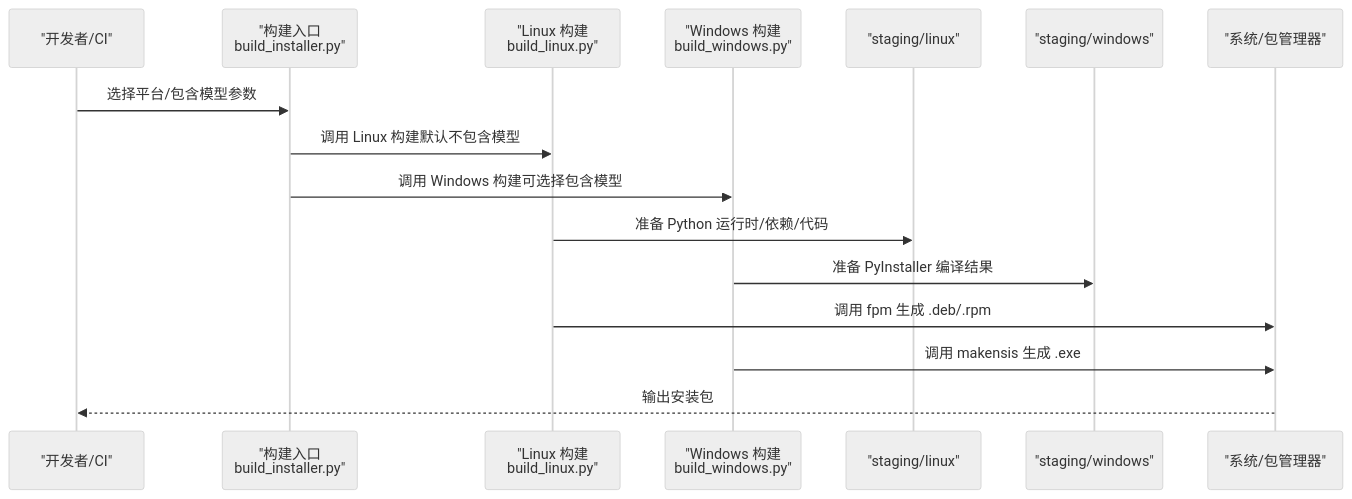
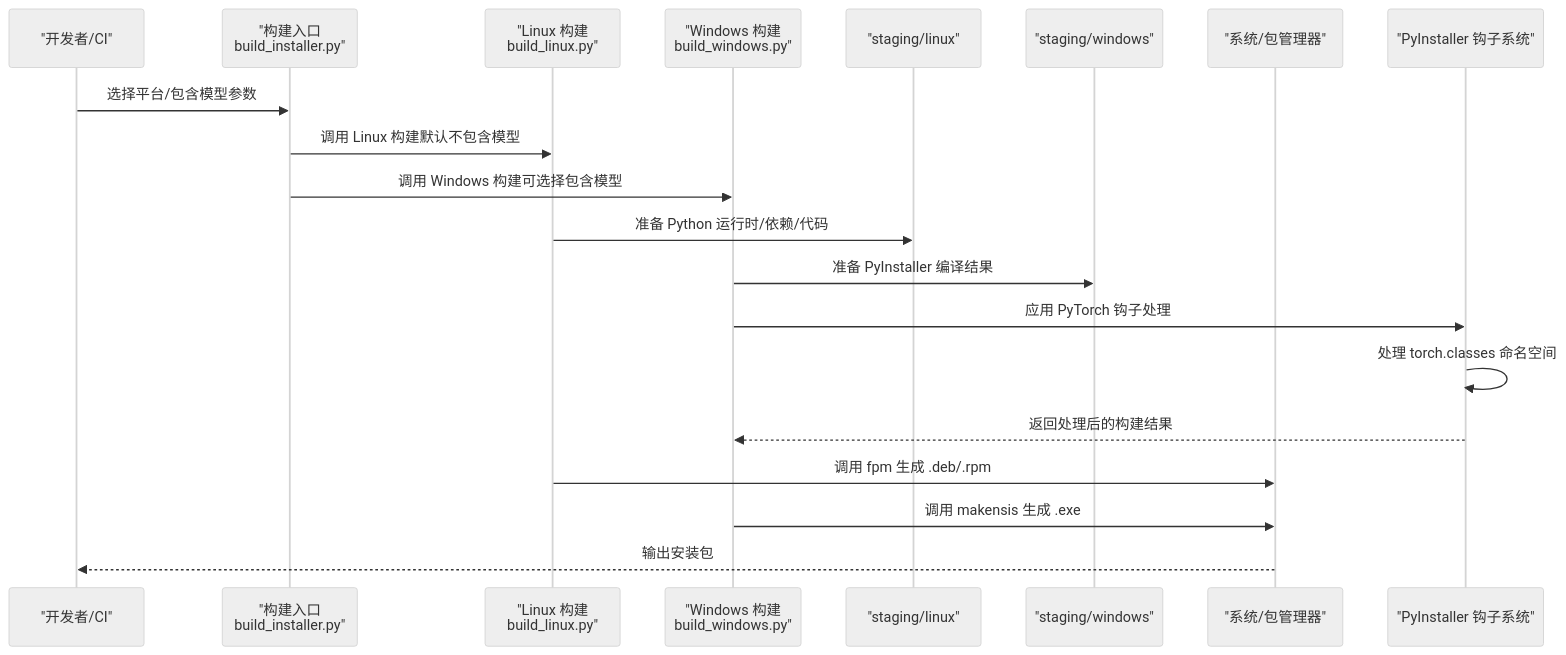
The second of 6 diagrams in .qoder/repowiki/zh/content/部署与运维/安装部署脚本/安装部署脚本.md (joyafa/knowledge), drawn with Mermaid (neutral theme) before and after one commit. The commit also changed other lines of this file and 14 other files, not shown here.

````diff
--- a/.qoder/repowiki/zh/content/部署与运维/安装部署脚本/安装部署脚本.md
+++ b/.qoder/repowiki/zh/content/部署与运维/安装部署脚本/安装部署脚本.md
@@ -136,18 +150,22 @@
 ```mermaid
 sequenceDiagram
 participant Dev as "开发者/CI"
 participant BI as "构建入口<br/>build_installer.py"
 participant BL as "Linux 构建<br/>build_linux.py"
 participant BW as "Windows 构建<br/>build_windows.py"
 participant ST_L as "staging/linux"
 participant ST_W as "staging/windows"
 participant SYS as "系统/包管理器"
+participant Hook as "PyInstaller 钩子系统"
 Dev->>BI : 选择平台/包含模型参数
 BI->>BL : 调用 Linux 构建默认不包含模型
 BI->>BW : 调用 Windows 构建可选择包含模型
 BL->>ST_L : 准备 Python 运行时/依赖/代码
 BW->>ST_W : 准备 PyInstaller 编译结果
+BW->>Hook : 应用 PyTorch 钩子处理
+Hook->>Hook : 处理 torch.classes 命名空间
+Hook-->>BW : 返回处理后的构建结果
 BL->>SYS : 调用 fpm 生成 .deb/.rpm
 BW->>SYS : 调用 makensis 生成 .exe
 SYS-->>Dev : 输出安装包
 ```
````
